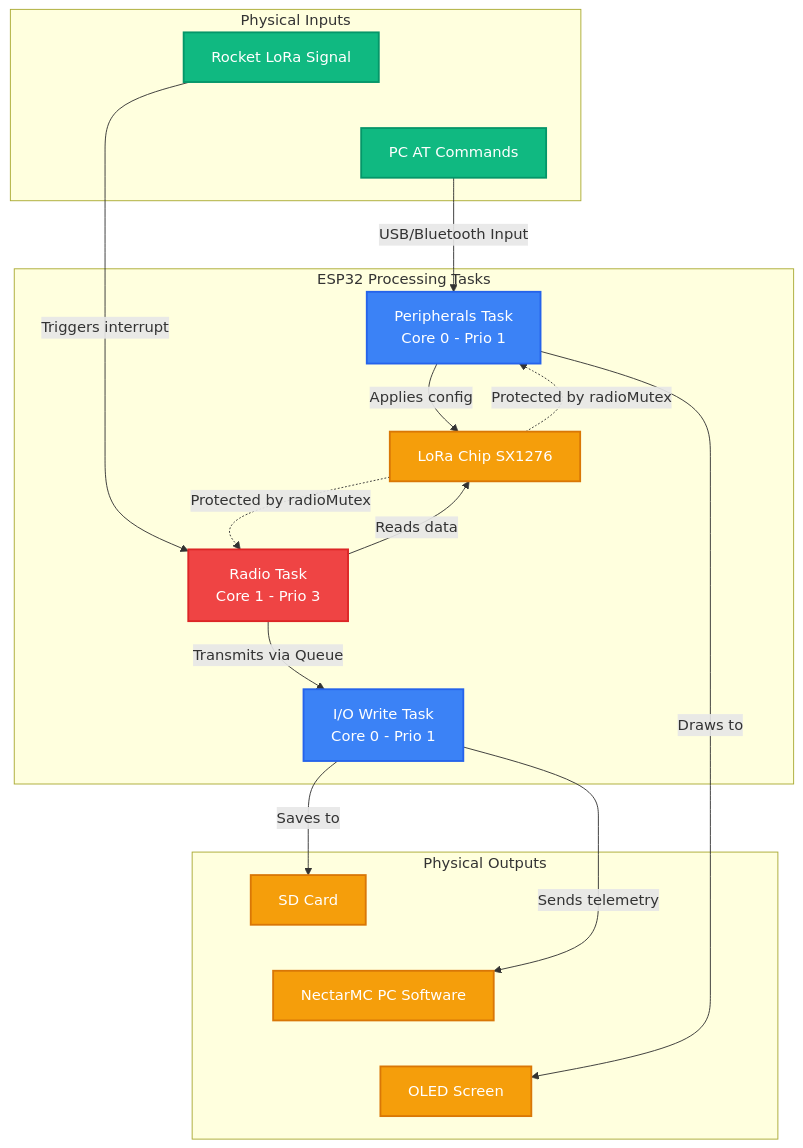
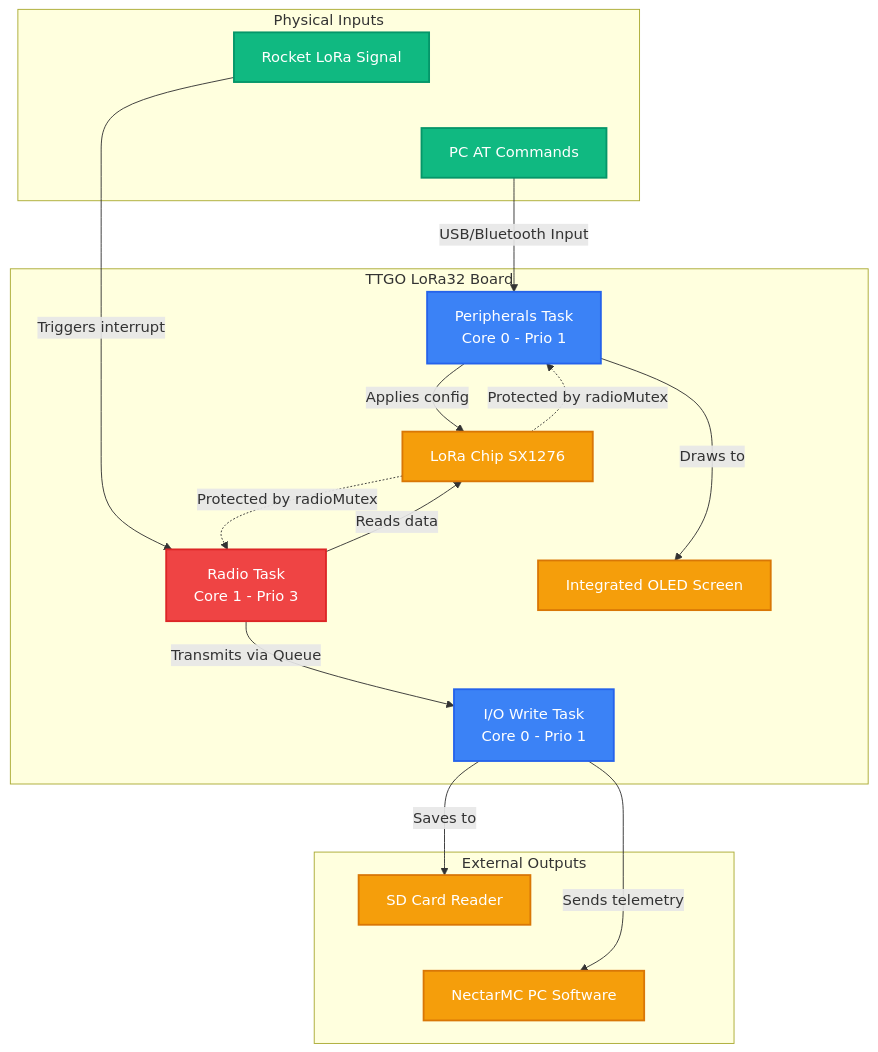
One commit to axpaul/RocketStation-LoRa32 changed the diagram in README.md. Above: the diagram before and after it, drawn with Mermaid.

Commit message:
docs: move integrated OLED screen inside TTGO LoRa32 Board subgraph in README.md

````diff
--- a/README.md
+++ b/README.md
@@ -152,48 +152,48 @@
 ```mermaid
 graph TD
     %% Color Styles
     classDef highPrio fill:#ef4444,stroke:#dc2626,stroke-width:2px,color:#fff;
     classDef normPrio fill:#3b82f6,stroke:#2563eb,stroke-width:2px,color:#fff;
     classDef hwStyle fill:#f59e0b,stroke:#d97706,stroke-width:2px,color:#fff;
     classDef inputStyle fill:#10b981,stroke:#059669,stroke-width:2px,color:#fff;
 
     subgraph Inputs [Physical Inputs]
         SignalLoRa[Rocket LoRa Signal]:::inputStyle
         ConsolePC[PC AT Commands]:::inputStyle
         SignalLoRa ~~~ ConsolePC
     end
 
-    subgraph ESP32 [ESP32 Processing Tasks]
+    subgraph Board [TTGO LoRa32 Board]
         TacheRadio[Radio Task <br/> Core 1 - Prio 3]:::highPrio
         TachePeriph[Peripherals Task <br/> Core 0 - Prio 1]:::normPrio
         TacheEcriture[I/O Write Task <br/> Core 0 - Prio 1]:::normPrio
         PuceLoRa[LoRa Chip SX1276]:::hwStyle
+        OLED[Integrated OLED Screen]:::hwStyle
         
         TacheRadio ~~~ TachePeriph
-        TacheEcriture ~~~ PuceLoRa
+        TacheEcriture ~~~ PuceLoRa ~~~ OLED
     end
 
-    subgraph Outputs [Physical Outputs]
-        CarteSD[SD Card]:::hwStyle
+    subgraph Outputs [External Outputs]
+        CarteSD[SD Card Reader]:::hwStyle
         LogicielPC[NectarMC PC Software]:::hwStyle
-        OLED[OLED Screen]:::hwStyle
-        CarteSD ~~~ LogicielPC ~~~ OLED
+        CarteSD ~~~ LogicielPC
     end
 
     %% Flows
     SignalLoRa -->|Triggers interrupt| TacheRadio
     ConsolePC -->|USB/Bluetooth Input| TachePeriph
 
     TacheRadio -->|Reads data| PuceLoRa
     TacheRadio -->|Transmits via Queue| TacheEcriture
 
     TacheEcriture -->|Saves to| CarteSD
     TacheEcriture -->|Sends telemetry| LogicielPC
     
     TachePeriph -->|Draws to| OLED
     TachePeriph -->|Applies config| PuceLoRa
 
     %% Security Lock
     PuceLoRa -.->|Protected by radioMutex| TacheRadio
     PuceLoRa -.->|Protected by radioMutex| TachePeriph
 ```
````
